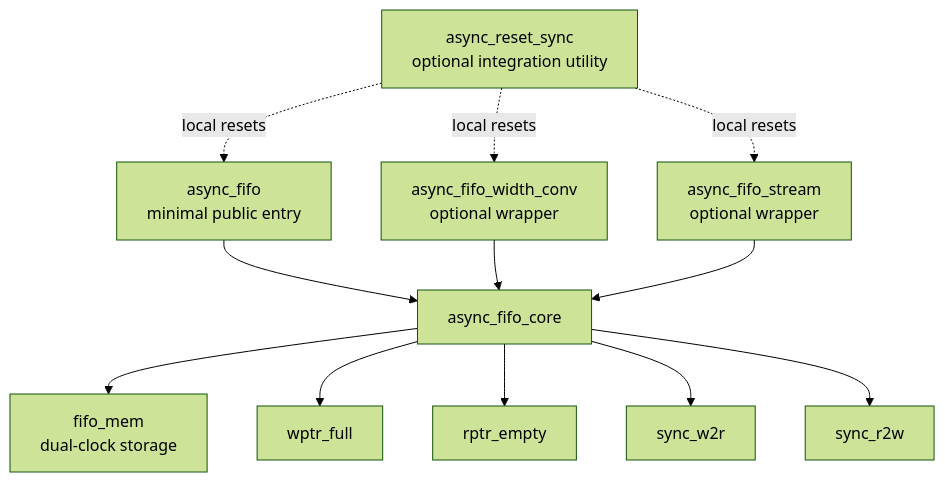
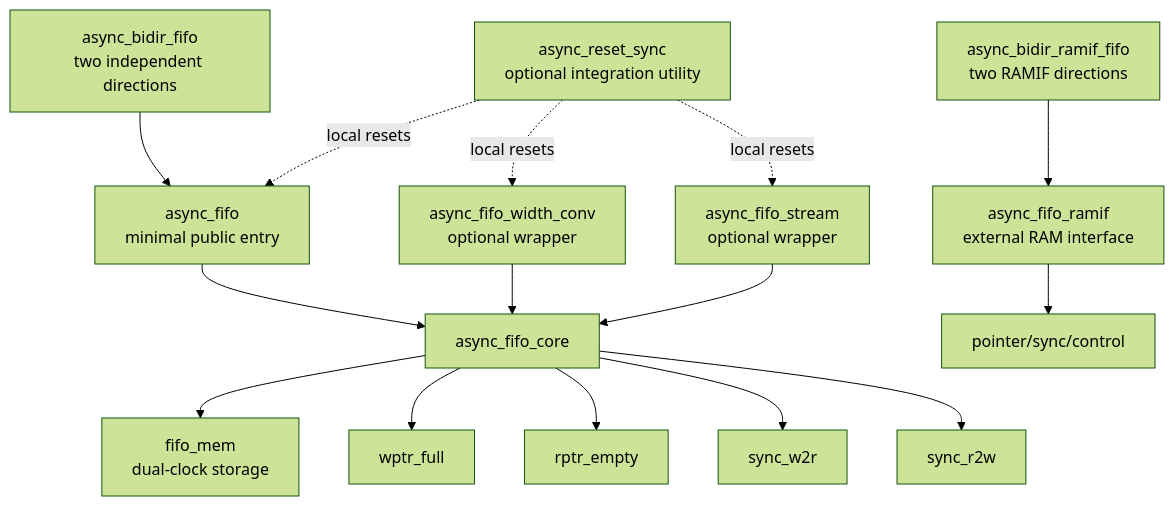
The diagram in docs/architecture.md (Chuanxiang-Xu/async_FIFO), drawn with Mermaid (forest theme) before and after one commit. The commit also changed other lines of this file and 7 other files, not shown here.

````diff
--- a/docs/architecture.md
+++ b/docs/architecture.md
@@ -8,14 +8,17 @@
 ```mermaid
 flowchart TD
     A[async_fifo<br/>minimal public entry] --> C[async_fifo_core]
+    B[async_bidir_fifo<br/>two independent directions] --> A
+    R[async_fifo_ramif<br/>external RAM interface] --> P[pointer/sync/control]
+    BR[async_bidir_ramif_fifo<br/>two RAMIF directions] --> R
     W[async_fifo_width_conv<br/>optional wrapper] --> C
     S[async_fifo_stream<br/>optional wrapper] --> C
     C --> M[fifo_mem<br/>dual-clock storage]
     C --> WP[wptr_full]
     C --> RP[rptr_empty]
     C --> SW[sync_w2r]
     C --> SR[sync_r2w]
     U[async_reset_sync<br/>optional integration utility] -. local resets .-> A
     U -. local resets .-> W
     U -. local resets .-> S
 ```
````
